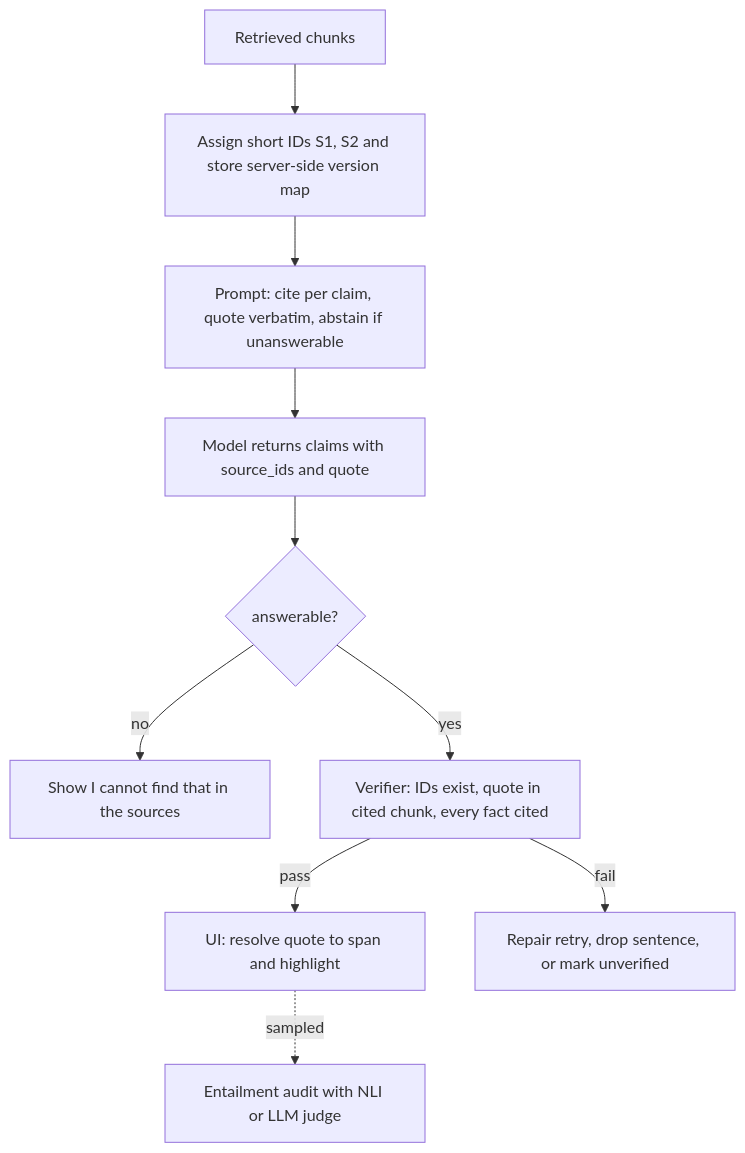
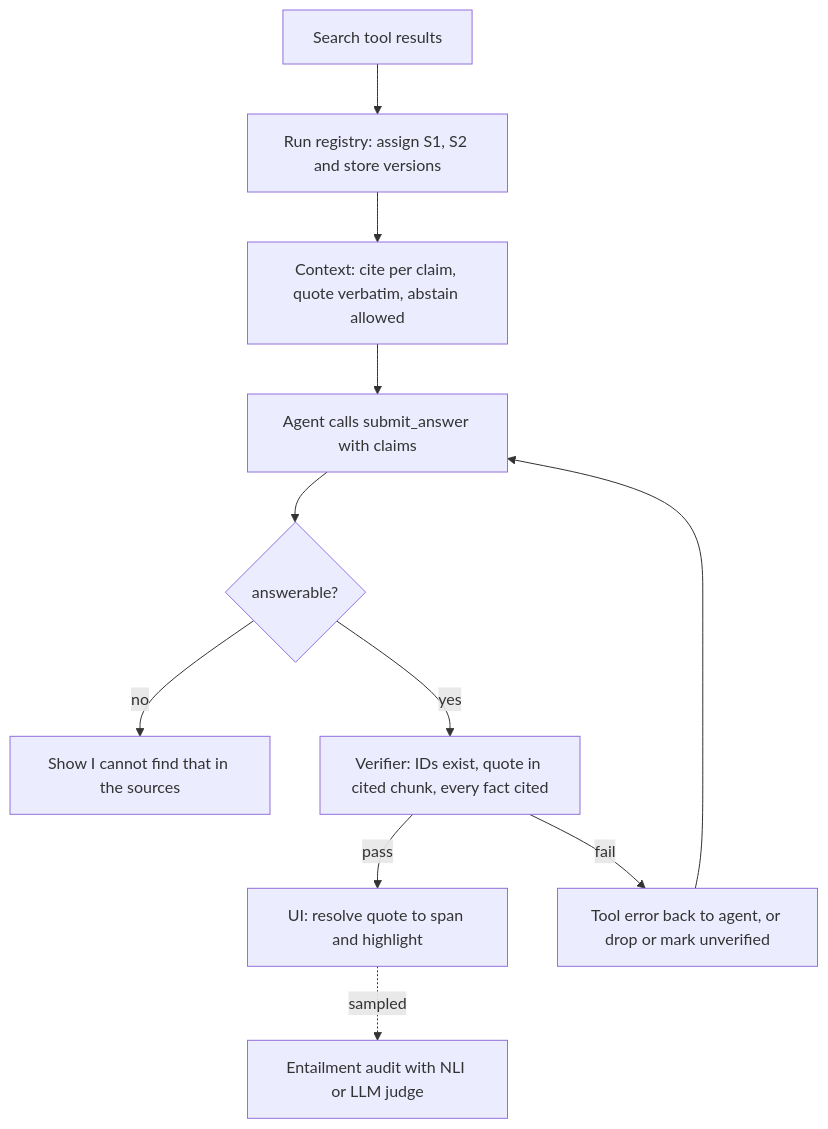
One commit to lovishmahajan97/agentic-learning changed the diagram in content/rag-retrieval/citations-grounding.md. Above: the diagram before and after it, drawn with Mermaid. The commit also changed other lines of this file and 266 other files, not shown here.

````diff
--- a/content/rag-retrieval/citations-grounding.md
+++ b/content/rag-retrieval/citations-grounding.md
@@ -108,12 +127,13 @@
 ```mermaid
 flowchart TD
-    R["Retrieved chunks"] --> M["Assign short IDs S1, S2 and store server-side version map"]
-    M --> P["Prompt: cite per claim, quote verbatim, abstain if unanswerable"]
-    P --> G["Model returns claims with source_ids and quote"]
+    T["Search tool results"] --> M["Run registry: assign S1, S2 and store versions"]
+    M --> P["Context: cite per claim, quote verbatim, abstain allowed"]
+    P --> G["Agent calls submit_answer with claims"]
     G --> A{"answerable?"}
     A -->|"no"| AB["Show I cannot find that in the sources"]
     A -->|"yes"| V["Verifier: IDs exist, quote in cited chunk, every fact cited"]
     V -->|"pass"| U["UI: resolve quote to span and highlight"]
-    V -->|"fail"| F["Repair retry, drop sentence, or mark unverified"]
+    V -->|"fail"| F["Tool error back to agent, or drop or mark unverified"]
+    F --> G
     U -.->|"sampled"| E["Entailment audit with NLI or LLM judge"]
 ```
````
